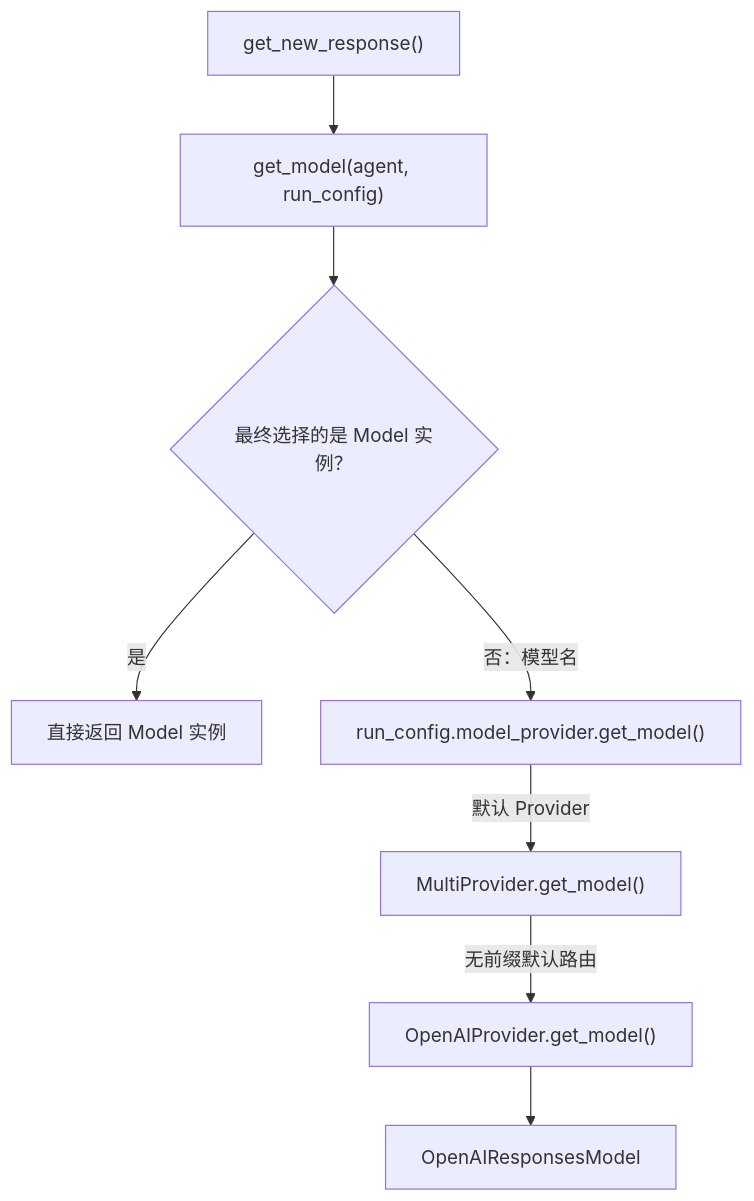
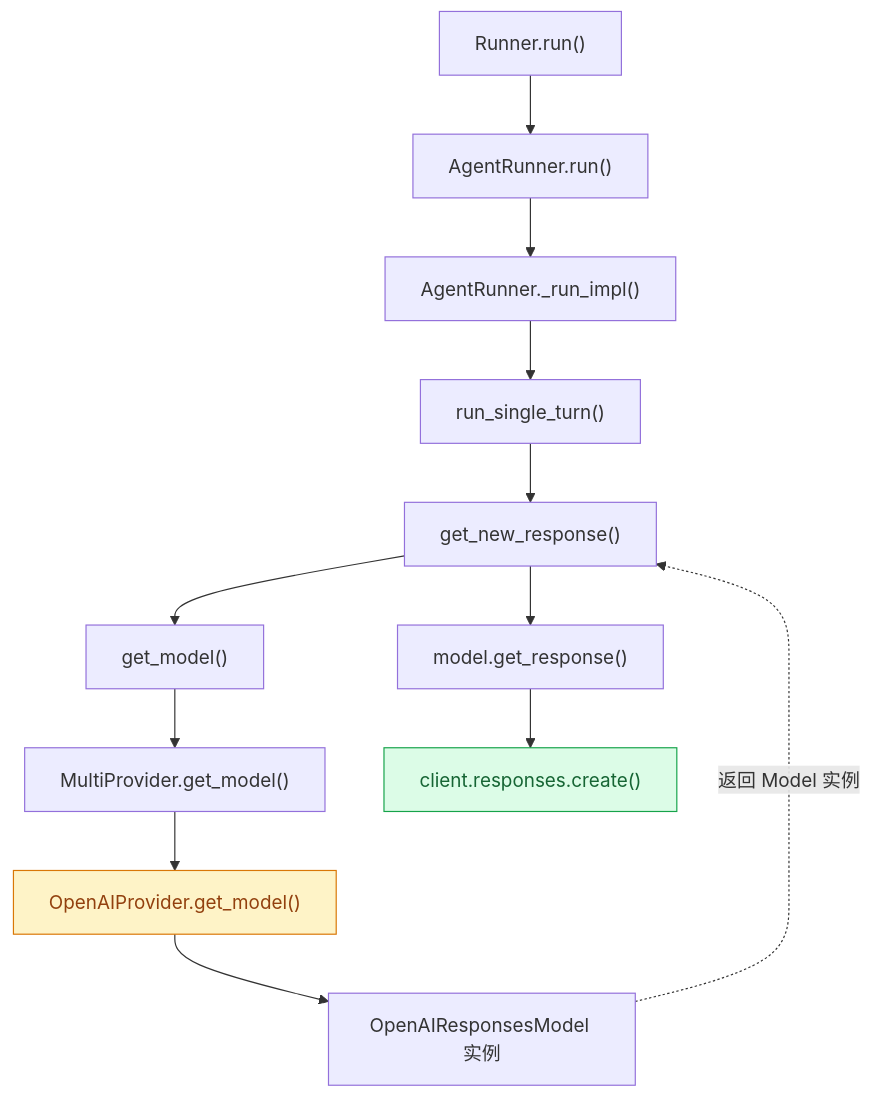
The fourth of 7 diagrams in notes_optimized.md (Codefreyy/openai-agents-sdk-learn), drawn with Mermaid before and after one commit. The commit also changed other lines of this file and 2 other files, not shown here.

````diff
--- a/notes_optimized.md
+++ b/notes_optimized.md
@@ -485,18 +706,22 @@
 ```mermaid
 flowchart TD
-    A["get_new_response()"]
-    B["get_model(agent, run_config)"]
-    C{"最终选择的是 Model 实例？"}
-    D["直接返回 Model 实例"]
-    E["run_config.model_provider.get_model()"]
-    F["MultiProvider.get_model()"]
-    G["OpenAIProvider.get_model()"]
-    H["OpenAIResponsesModel"]
+    A["Runner.run()"]
+    B["AgentRunner.run()"]
+    C["AgentRunner._run_impl()"]
+    D["run_single_turn()"]
+    E["get_new_response()"]
+    F["get_model()"]
+    G["MultiProvider.get_model()"]
+    H["OpenAIProvider.get_model()"]
+    I["OpenAIResponsesModel 实例"]
+    J["model.get_response()"]
+    K["client.responses.create()"]
 
-    A --> B --> C
-    C -->|是| D
-    C -->|"否：模型名"| E
-    E -->|"默认 Provider"| F
-    F -->|"无前缀默认路由"| G
-    G --> H
+    A --> B --> C --> D --> E
+    E --> F --> G --> H --> I
+    I -.->|"返回 Model 实例"| E
+    E --> J --> K
+
+    style H fill:#fef3c7,stroke:#d97706,color:#92400e
+    style K fill:#dcfce7,stroke:#16a34a,color:#166534
 ```
````
